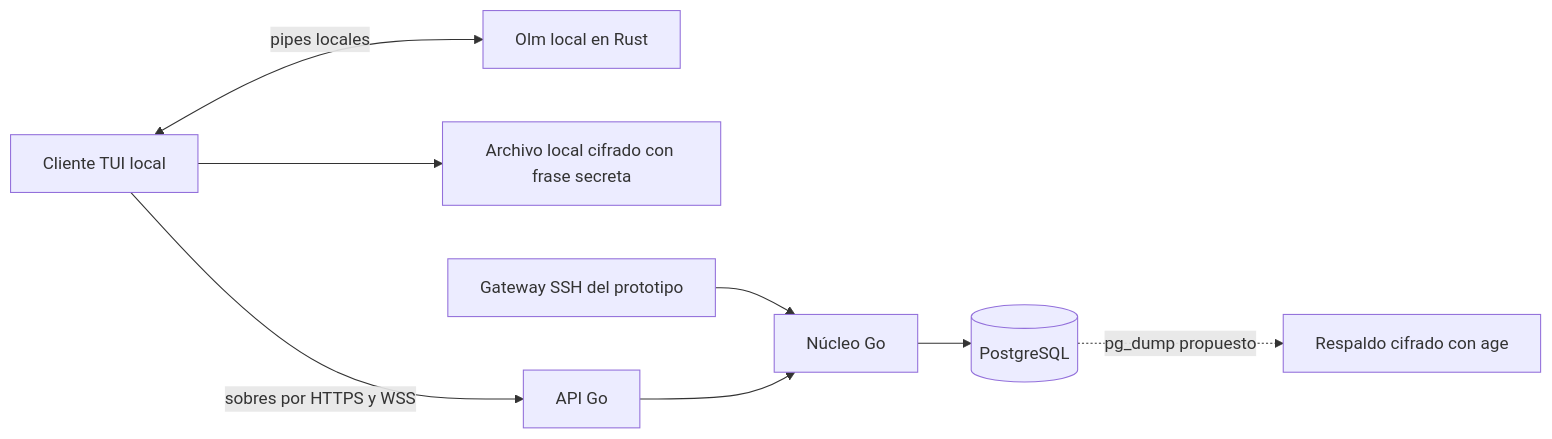
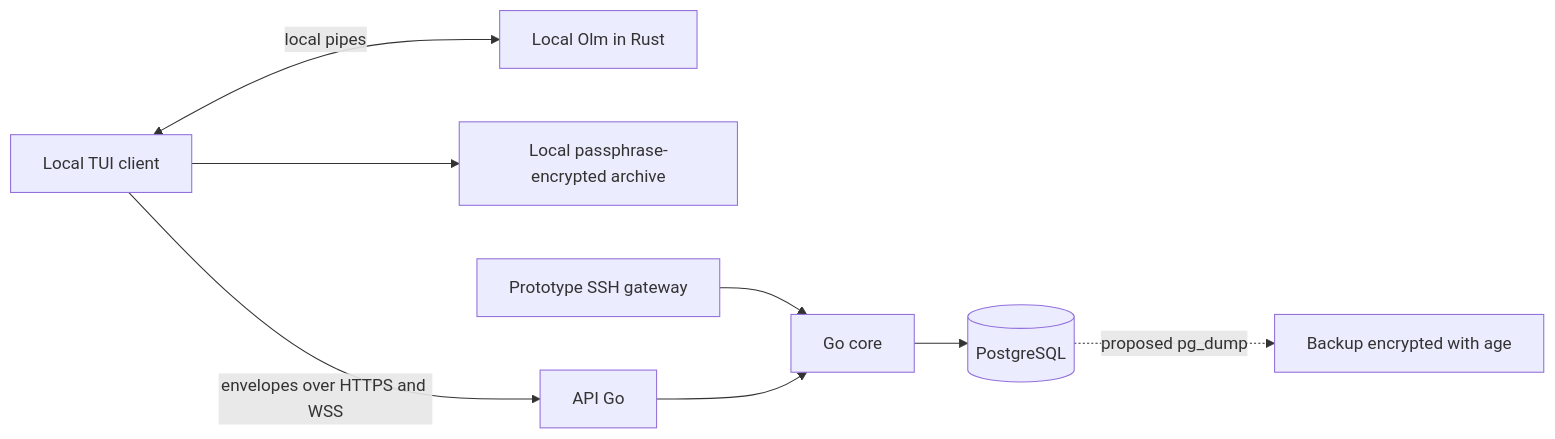
One commit to karatekah/karatty changed the diagram in docs/architecture.md. Above: the diagram before and after it, drawn with Mermaid. The commit also changed other lines of this file and 77 other files, not shown here.

````diff
--- a/docs/architecture.md
+++ b/docs/architecture.md
@@ -7,10 +9,10 @@
 ```mermaid
 flowchart LR
-    TUI[Cliente TUI local] <-->|pipes locales| OLM[Olm local en Rust]
-    TUI --> STATE[Archivo local cifrado con frase secreta]
-    TUI -->|sobres por HTTPS y WSS| API[API Go]
-    SSH[Gateway SSH del prototipo] --> CORE[Núcleo Go]
+    TUI[Local TUI client] <-->|local pipes| OLM[Local Olm in Rust]
+    TUI --> STATE[Local passphrase-encrypted archive]
+    TUI -->|envelopes over HTTPS and WSS| API[API Go]
+    SSH[Prototype SSH gateway] --> CORE[Go core]
     API --> CORE
     CORE --> PG[(PostgreSQL)]
-    PG -.->|pg_dump propuesto| BACKUP[Respaldo cifrado con age]
+    PG -.->|proposed pg_dump| BACKUP[Backup encrypted with age]
 ```
````
